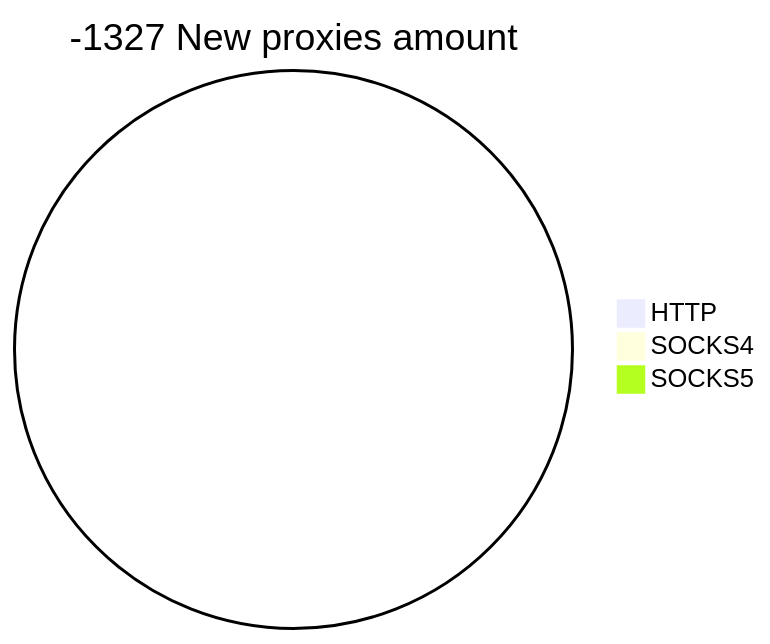
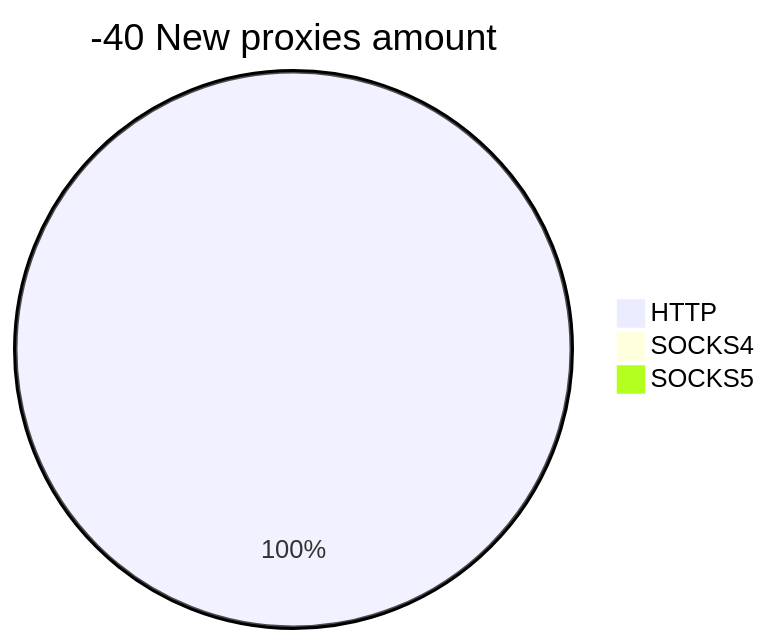
Before and after one commit to cutipu/proxylist: the second of 2 diagrams in README.md, drawn with Mermaid. The commit also changed other lines of this file, not shown here.

````diff
--- a/README.md
+++ b/README.md
@@ -10,6 +10,6 @@
 ```mermaid
-pie title -1327 New proxies amount
-    "HTTP" : 0
+pie title -40 New proxies amount
+    "HTTP" : 1
     "SOCKS4" : 0
     "SOCKS5" : 0
 ```
````
